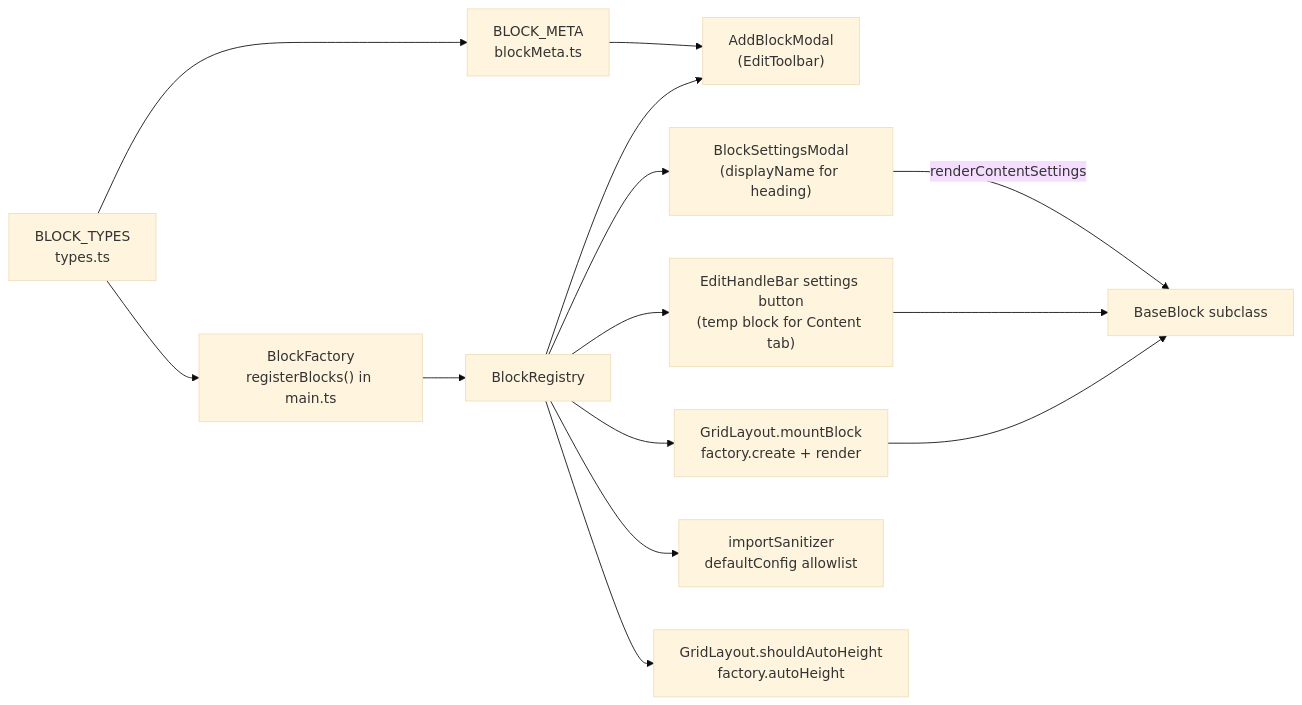
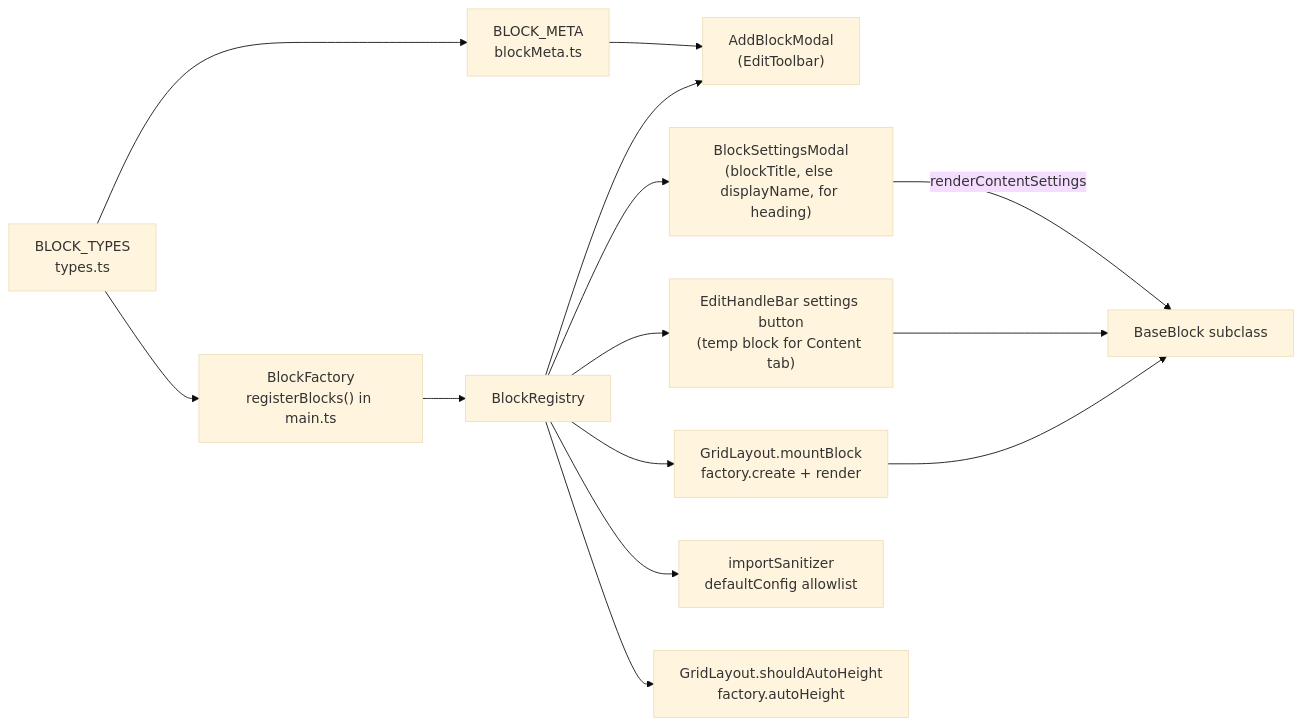
One commit to acaprino/obsidian-plugin-homepage changed the first of 4 diagrams in docs/api/blocks.md. Above: the diagram before and after it, drawn with Mermaid (base theme). The commit also changed other lines of this file and 11 other files, not shown here.

````diff
--- a/docs/api/blocks.md
+++ b/docs/api/blocks.md
@@ -31,16 +33,16 @@
 ```mermaid
 flowchart LR
   T["BLOCK_TYPES<br/>types.ts"] --> F["BlockFactory<br/>registerBlocks() in main.ts"]
   T --> M["BLOCK_META<br/>blockMeta.ts"]
   F --> R["BlockRegistry"]
   R --> A["AddBlockModal<br/>(EditToolbar)"]
   M --> A
   R --> G["GridLayout.mountBlock<br/>factory.create + render"]
   R --> E["EditHandleBar settings button<br/>(temp block for Content tab)"]
-  R --> S["BlockSettingsModal<br/>(displayName for heading)"]
+  R --> S["BlockSettingsModal<br/>(blockTitle, else displayName, for heading)"]
   R --> I["importSanitizer<br/>defaultConfig allowlist"]
   R --> H["GridLayout.shouldAutoHeight<br/>factory.autoHeight"]
   G --> B["BaseBlock subclass"]
   E --> B
   S -->|renderContentSettings| B
 ```
````
